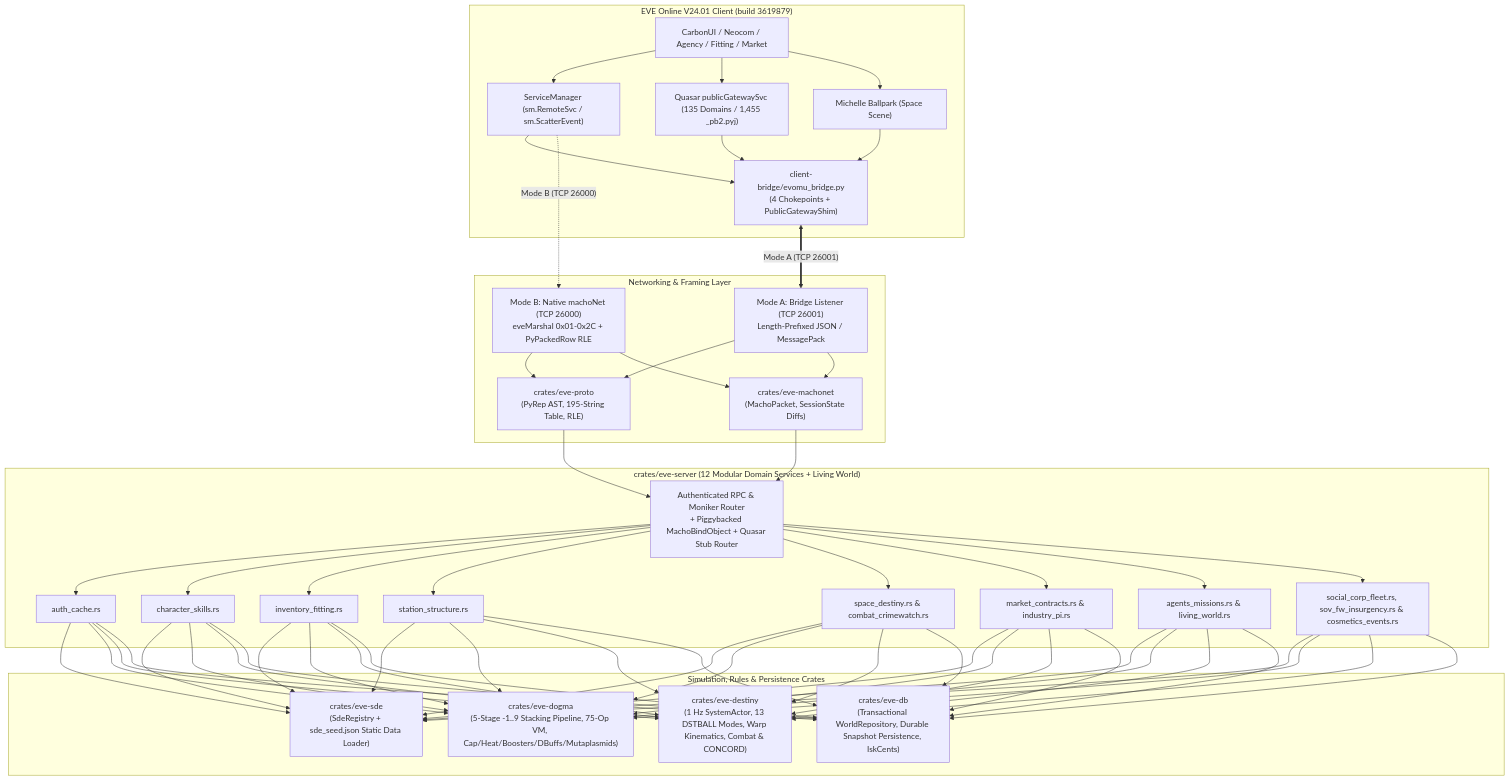
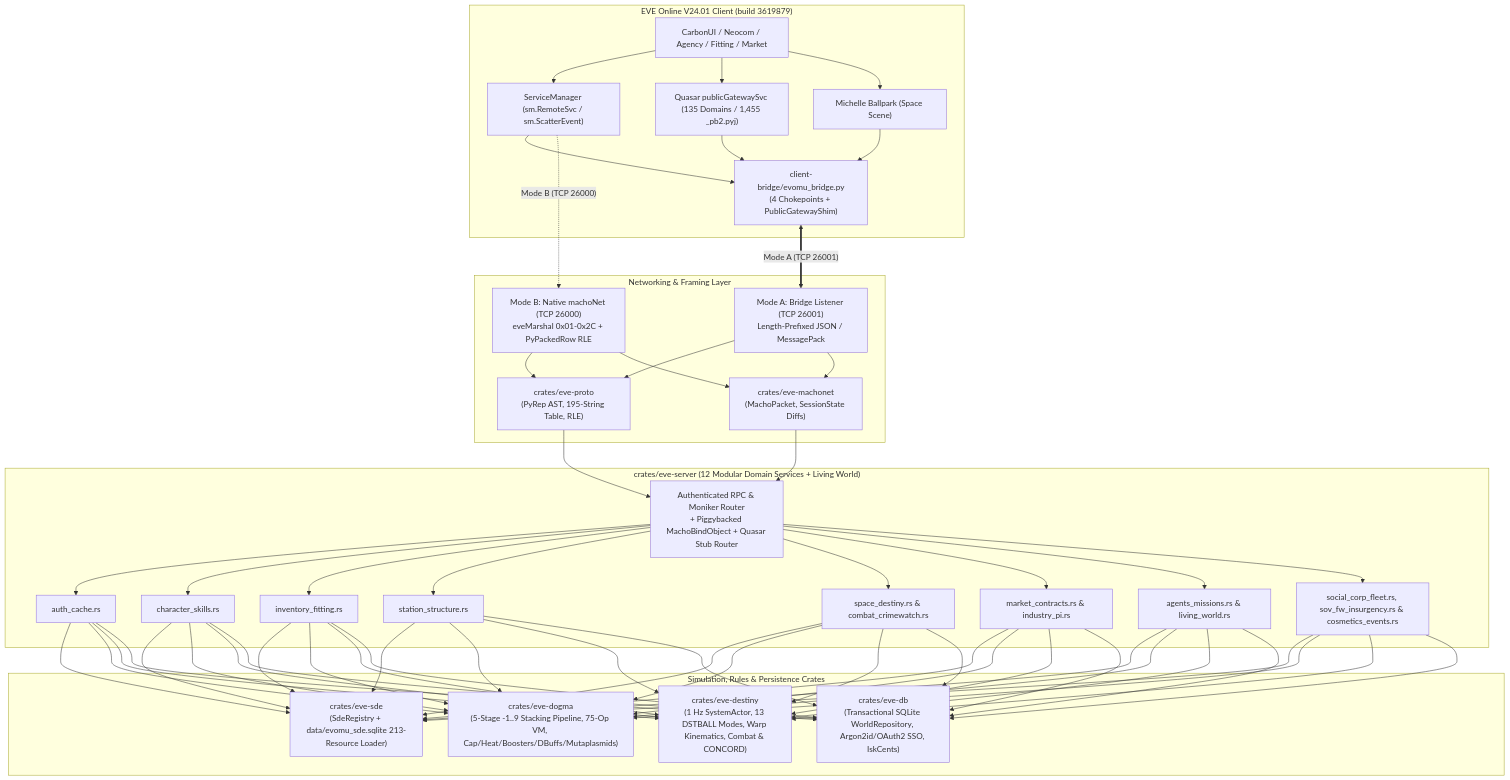
One commit to saverchenkov/EvoMu changed the first of 3 diagrams in README.md. Above: the diagram before and after it, drawn with Mermaid. The commit also changed other lines of this file and 31 other files, not shown here.

Commit message:
Phase 1 (D-1..D-5, S-11): 213-resource V24.01 SDE SQLite importer, SdeRegistry::open, relational SQLite WorldRepository, Argon2id/PKCE/JWT SSO auth, and evomu.toml config

````diff
--- a/README.md
+++ b/README.md
@@ -85,45 +85,45 @@
 ```mermaid
 flowchart TB
     subgraph Client ["EVE Online V24.01 Client (build 3619879)"]
         UI["CarbonUI / Neocom / Agency / Fitting / Market"]
         SM["ServiceManager (sm.RemoteSvc / sm.ScatterEvent)"]
         PG["Quasar publicGatewaySvc (135 Domains / 1,455 _pb2.pyj)"]
         Michelle["Michelle Ballpark (Space Scene)"]
         BridgePy["client-bridge/evomu_bridge.py<br/>(4 Chokepoints + PublicGatewayShim)"]
     end
 
     subgraph Edge ["Networking & Framing Layer"]
         Port26001["Mode A: Bridge Listener (TCP 26001)<br/>Length-Prefixed JSON / MessagePack"]
         Port26000["Mode B: Native machoNet (TCP 26000)<br/>eveMarshal 0x01-0x2C + PyPackedRow RLE"]
         ProtoCrate["crates/eve-proto<br/>(PyRep AST, 195-String Table, RLE)"]
         MachoCrate["crates/eve-machonet<br/>(MachoPacket, SessionState Diffs)"]
     end
 
     subgraph Server ["crates/eve-server (12 Modular Domain Services + Living World)"]
         Router["Authenticated RPC & Moniker Router<br/>+ Piggybacked MachoBindObject + Quasar Stub Router"]
         SvcAuth["auth_cache.rs"]
         SvcChar["character_skills.rs"]
         SvcInv["inventory_fitting.rs"]
         SvcSta["station_structure.rs"]
         SvcSpc["space_destiny.rs & combat_crimewatch.rs"]
         SvcEcon["market_contracts.rs & industry_pi.rs"]
         SvcPvE["agents_missions.rs & living_world.rs"]
         SvcSoc["social_corp_fleet.rs, sov_fw_insurgency.rs & cosmetics_events.rs"]
     end
 
     subgraph Core ["Simulation, Rules & Persistence Crates"]
-        SdeCrate["crates/eve-sde<br/>(SdeRegistry + sde_seed.json Static Data Loader)"]
+        SdeCrate["crates/eve-sde<br/>(SdeRegistry + data/evomu_sde.sqlite 213-Resource Loader)"]
         DogmaCrate["crates/eve-dogma<br/>(5-Stage -1..9 Stacking Pipeline, 75-Op VM, Cap/Heat/Boosters/DBuffs/Mutaplasmids)"]
         DestinyCrate["crates/eve-destiny<br/>(1 Hz SystemActor, 13 DSTBALL Modes, Warp Kinematics, Combat & CONCORD)"]
-        DbCrate["crates/eve-db<br/>(Transactional WorldRepository, Durable Snapshot Persistence, IskCents)"]
+        DbCrate["crates/eve-db<br/>(Transactional SQLite WorldRepository, Argon2id/OAuth2 SSO, IskCents)"]
     end
 
     UI --> SM & PG & Michelle
     SM & PG & Michelle --> BridgePy
     BridgePy <==>|"Mode A (TCP 26001)"| Port26001
     SM -.->|"Mode B (TCP 26000)"| Port26000
     Port26001 & Port26000 --> ProtoCrate & MachoCrate
     ProtoCrate & MachoCrate --> Router
     Router --> SvcAuth & SvcChar & SvcInv & SvcSta & SvcSpc & SvcEcon & SvcPvE & SvcSoc
     SvcAuth & SvcChar & SvcInv & SvcSta & SvcSpc & SvcEcon & SvcPvE & SvcSoc --> SdeCrate & DogmaCrate & DestinyCrate & DbCrate
 ```
````
